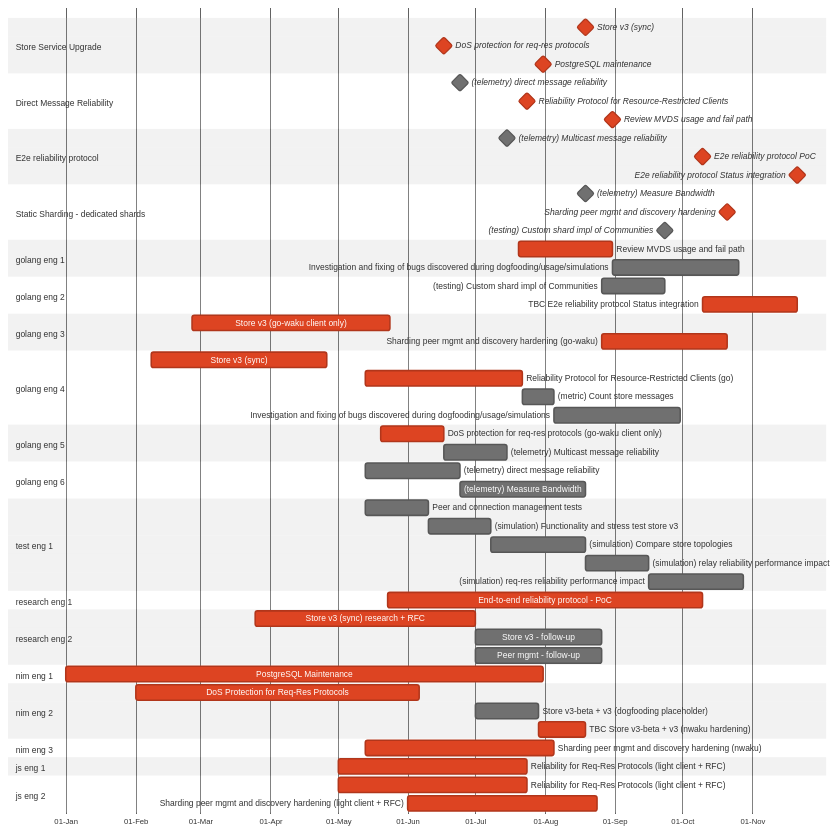
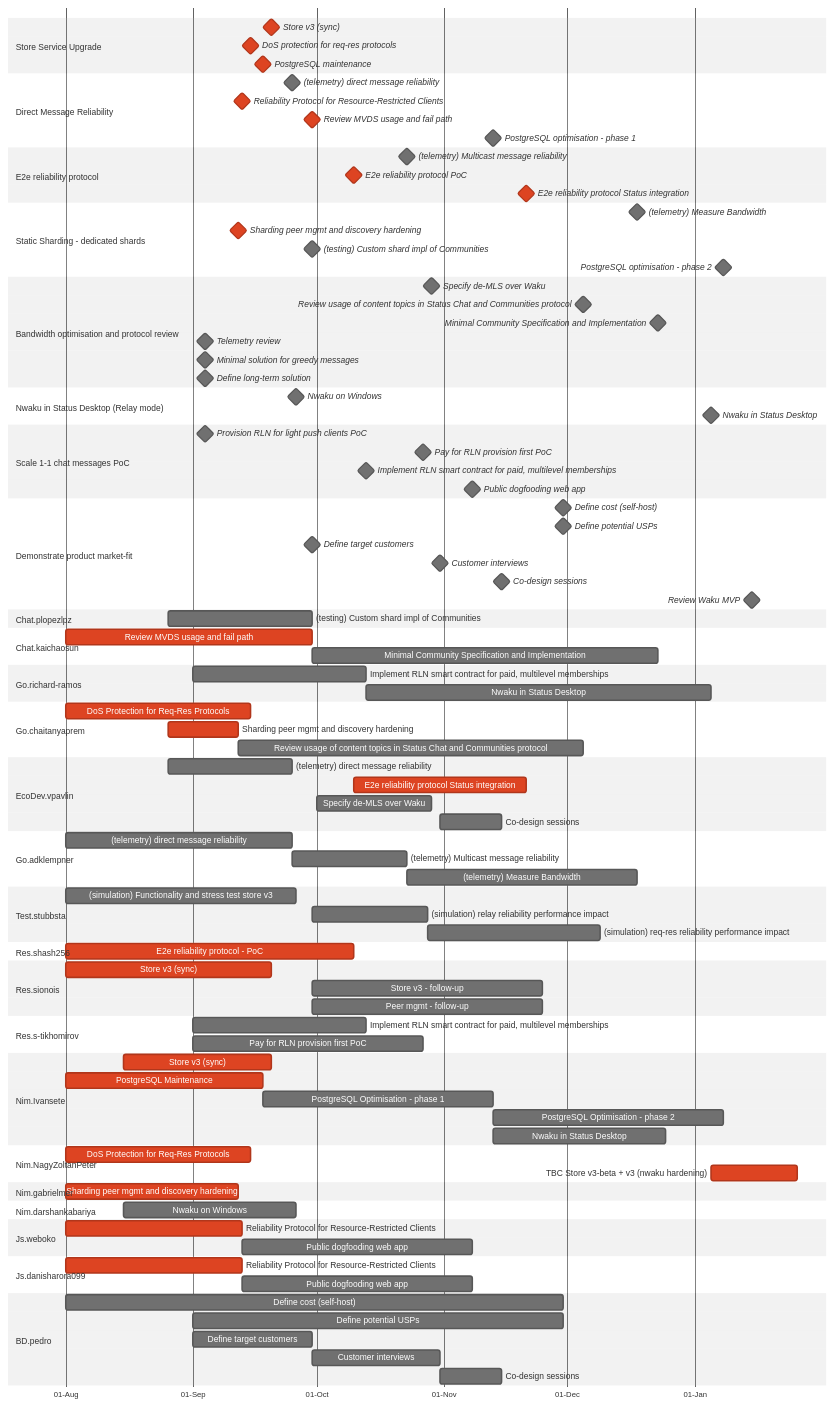
The diagram in content/waku/2024-gantt.md (logos-co/roadmap), drawn with Mermaid (neutral theme) before and after one commit.

Commit message:
Waku roadmap revision

````diff
--- a/content/waku/2024-gantt.md
+++ b/content/waku/2024-gantt.md
@@ -24,74 +24,125 @@
     
 %% Milestones overview with deliverables
     section Store Service Upgrade
-        Store v3 (sync): crit, milestone, after storev3-r storev3-g storev3-n, 0
-        DoS protection for req-res protocols: crit, milestone, after dosreqresn dosreqresj dosreqresg, 0
-        PostgreSQL maintenance: crit, milestone, after pgsql, 0
+        Store v3 (sync): crit, milestone, after storev3sync-r storev3sync-n, 0
+        DoS protection for req-res protocols: crit, milestone, after dosreqres-n dosreqres-g, 0
+        PostgreSQL maintenance: crit, milestone, after pgsql-m, 0
     section Direct Message Reliability
-        (telemetry) direct message reliability: milestone, after telem-d-msg-rel, 0
-        Reliability Protocol for Resource-Restricted Clients: crit, milestone, after rel-reqres-g rel-reqres-j, 0
+        (telemetry) direct message reliability: milestone, after telem-d-msg-rel-1 telem-d-msg-rel-2, 0
+        Reliability Protocol for Resource-Restricted Clients: crit, milestone, after rel-reqres-j-1 rel-reqres-j-2, 0
         Review MVDS usage and fail path: crit, milestone, after mvds, 0
+        PostgreSQL optimisation - phase 1: milestone, after pgsql-opt-1, 0
     section E2e reliability protocol
         (telemetry) Multicast message reliability: milestone, after telem-m-msg-rel, 0
         E2e reliability protocol PoC: milestone, crit, after e2e-rel-r, 0
         E2e reliability protocol Status integration: milestone, crit, after e2e-rel-g, 0
     section Static Sharding - dedicated shards
         (telemetry) Measure Bandwidth: milestone, after telem-bandwidth, 0
-        Sharding peer mgmt and discovery hardening: crit, milestone, after sh-peer-mgmt-j sh-peer-mgmt-n sh-peer-mgmt-g, 0
+        Sharding peer mgmt and discovery hardening: crit, milestone, after sh-peer-mgmt-n sh-peer-mgmt-g, 0
         (testing) Custom shard impl of Communities: milestone, after test-custom-shard, 0
+        PostgreSQL optimisation - phase 2: milestone, after pgsql-opt-2, 0
+    section Bandwidth optimisation and protocol review
+        %% TODO: deliverables are being re-worked
+        Specify de-MLS over Waku: milestone, after demls-spec, 0
+        Review usage of content topics in Status Chat and Communities protocol: milestone, after cont-topic-r, 0
+        Minimal Community Specification and Implementation: milestone, after min-com-spec, 0
+        %% TODO: schedule
+        Telemetry review: milestone, after telem-review, 0
+        Minimal solution for greedy messages: milestone, after min-sol-com, 0
+        Define long-term solution: milestone, after define-com-sol, 0
+    section Nwaku in Status Desktop (Relay mode)
+        %% TODO: need to do a pass on deliverables
+        Nwaku on Windows: milestone, after nwaku-windows-n, 0
+        Nwaku in Status Desktop: milestone, after nwaku-status-desktop, 0
+    section Scale 1-1 chat messages PoC
+        %% Asking for a dashboard
+        Provision RLN for light push clients PoC: milestone, after provision-rln, 0
+        Pay for RLN provision first PoC: milestone, after rlnaas-r, 0
+        Implement RLN smart contract for paid, multilevel memberships: milestone, after rln-sc-r rln-sc-d, 0
+        Public dogfooding web app: milestone, after pub-dogfood-web-app-1 pub-dogfood-web-app-2, 0
+    section Demonstrate product market-fit
+        Define cost (self-host): milestone, after define-cost, 0
+        Define potential USPs: milestone, after define-usps, 0
+        Define target customers: milestone, after define-custs, 0
+        Customer interviews: milestone, after cust-int, 0
+        Co-design sessions: milestone, after codesign-bd codesign-se, 0
+        Review Waku MVP: milestone, 2025-01-15, 0
 
 %% Tasks
-    section golang eng 1
-        %% Estimation TBC - Prem says fine, waiting on 2nd opinion
-        Review MVDS usage and fail path: crit, mvds, 2024-07-20, 6w
-        Investigation and fixing of bugs discovered during dogfooding/usage/simulations: go-bugs-1, after mvds, 8w
-    section golang eng 2
-        (testing) Custom shard impl of Communities: test-custom-shard, 2024-08-26, 4w
-        %% TBC estimate
-        TBC E2e reliability protocol Status integration: crit, e2e-rel-g, after e2e-rel-r, 6w
-    section golang eng 3
-        Store v3 (go-waku client only): crit, storev3-g, 2024-02-26, 2024-05-24
-        %% Estimate TBC - assuming parallel work possible
-        Sharding peer mgmt and discovery hardening (go-waku): crit, sh-peer-mgmt-g, 2024-08-26, 8w
-    section golang eng 4
-        Store v3 (sync): crit, 2024-02-08, 2024-04-26
-        Reliability Protocol for Resource-Restricted Clients (go): crit, rel-reqres-g, 2024-05-13, 10w
-        (metric) Count store messages: count-store-msg, after rel-reqres-g, 2w
-        Investigation and fixing of bugs discovered during dogfooding/usage/simulations: go-bugs-2, after count-store-msg, 8w
-    section golang eng 5
-        DoS protection for req-res protocols (go-waku client only): crit, dosreqresg, 2024-05-20, 4w
-        (telemetry) Multicast message reliability: telem-m-msg-rel, after dosreqresg, 4w
-    section golang eng 6
-        (telemetry) direct message reliability: telem-d-msg-rel, 2024-05-13, 6w
-        (telemetry) Measure Bandwidth: telem-bandwidth, after telem-d-msg-rel, 8w
-    section test eng 1
-        Peer and connection management tests: sim-conn-mgmt, 2024-05-13, 4w
-        (simulation) Functionality and stress test store v3: sim-storev3, after sim-conn-mgmt, 4w
-        %% This is Store Service Upgrade - item (2) in DST simulation - start with small scale to get faster results
-        (simulation) Compare store topologies: sim-store-cmp, after sim-storev3, 6w
+    section Chat.plopezlpz
+        (testing) Custom shard impl of Communities: test-custom-shard, 2024-08-26, 2024-09-30
+    section Chat.kaichaosun
+        Review MVDS usage and fail path: crit, mvds, 2024-08-01, 2024-09-30
+        %% TODO estimate
+        Minimal Community Specification and Implementation: min-com-spec, after mvds, 12w
+    section Go.richard-ramos
+        Implement RLN smart contract for paid, multilevel memberships: rln-sc-d, 2024-09-01, 6w
+        %% TODO: Estimate
+        Nwaku in Status Desktop: nwaku-status-desktop, after rln-sc-d, 12w
+    section Go.chaitanyaprem
+        DoS Protection for Req-Res Protocols: crit, dosreqres-g, 2024-08-01, 2024-09-15
+        Sharding peer mgmt and discovery hardening: crit, sh-peer-mgmt-g, 2024-08-26, 2024-09-12
+        %% TODO review estimate
+        Review usage of content topics in Status Chat and Communities protocol: cont-topic-r, after sh-peer-mgmt-g, 12w
+    section EcoDev.vpavlin
+        (telemetry) direct message reliability: telem-d-msg-rel-1, 2024-08-26, 2024-09-25
+        %% TODO: do bandwidth telemetry?
+        E2e reliability protocol Status integration: crit, e2e-rel-g, after e2e-rel-r, 6w
+        %% TODO: fit that properly
+        Specify de-MLS over Waku: demls-spec, 2024-10-01, 4w
+        Co-design sessions: codesign-bd, after cust-int, 2024-11-15
+    section Go.adklempner
+        (telemetry) direct message reliability: telem-d-msg-rel-2, 2024-08-01, 2024-09-25
+        %% TODO: this deliverable needs to be reviewed, bw should be prioritized
+        (telemetry) Multicast message reliability: telem-m-msg-rel, after telem-d-msg-rel-2, 4w
+        (telemetry) Measure Bandwidth: telem-bandwidth, after telem-m-msg-rel, 8w
+    section Test.stubbsta
+        %% TODO Review estimate
+        (simulation) Functionality and stress test store v3: sim-storev3, 2024-08-01, 8w
         (simulation) relay reliability performance impact: sim-relay-rel, after sim-store-cmp sim-req-res, 4w
-        (simulation) req-res reliability performance impact: sim-reqres-rel, after sim-relay-rel rel-reqres-g, 6w
-    section research eng 1
-        End-to-end reliability protocol - PoC: crit, e2e-rel-r, 2024-05-23, 20w
-    section research eng 2
+        (simulation) req-res reliability performance impact: sim-reqres-rel, after sim-relay-rel, 6w
+    section Res.shash256
+        E2e reliability protocol - PoC: crit, e2e-rel-r, 2024-08-01, 2024-10-10
+    section Res.sionois
         %% Only dogfooding remaining
-        Store v3 (sync) research + RFC: crit, storev3-r, 2024-03-25, 14w
+        Store v3 (sync): crit, storev3sync-r, 2024-08-01, 2024-09-20
         Store v3 - follow-up: after storev3-r, 8w
         Peer mgmt - follow-up: after storev3-r, 8w
-    section nim eng 1
-        PostgreSQL Maintenance: crit, pgsql, 2024-01-01, 2024-07-31
-    section nim eng 2
-        DoS Protection for Req-Res Protocols: crit, dosreqresn, 2024-02-01, 18w
-        Store v3-beta + v3 (dogfooding placeholder):  storev3-df, after storev3-br storev3-r, 4w
-        %% More hardening expected to deprecate or separate store v2 from v3 driver
+    section Res.alrevuelta
+    section Res.s-tikhomirov
+        Implement RLN smart contract for paid, multilevel memberships: rln-sc-d, 2024-09-01, 6w
+        %% TODO Estimate
+        Pay for RLN provision first PoC: rlnaas-r, 2024-09-01, 8w
+    section Nim.Ivansete
+        Store v3 (sync): crit, storev3sync-n, 2024-08-15, 2024-09-20
+        PostgreSQL Maintenance: crit, pgsql-m, 2024-08-01, 2024-09-18
+        %% TODO review date/estimate
+        PostgreSQL Optimisation - phase 1: pgsql-opt-1, after pgsql-m, 8w
+        PostgreSQL Optimisation - phase 2: pgsql-opt-2, after pgsql-opt-1, 8w
+        %% TODO: Estimate
+        Nwaku in Status Desktop: nwaku-status-desktop-2, after pgsql-opt-1, 6w
+    section Nim.NagyZoltanPeter
+        DoS Protection for Req-Res Protocols: crit, dosreqres-n, 2024-08-01, 2024-09-15
+        %% TODO review
         TBC Store v3-beta + v3 (nwaku hardening): crit, storev3-n, after storev3-df dosreqresn, 3w
-    section nim eng 3
-        Sharding peer mgmt and discovery hardening (nwaku): crit, sh-peer-mgmt-n, 2024-05-13, 12w
-    section js eng 1
-        Reliability for Req-Res Protocols (light client + RFC): crit, rel-reqres-j, 2024-05-01, 12w
-    section js eng 2
-        %% Buidling idle apps and integrating in telemetry service to learn
-        Reliability for Req-Res Protocols (light client + RFC): crit, rel-reqres-j, 2024-05-01, 12w
-        Sharding peer mgmt and discovery hardening (light client + RFC): crit, sh-peer-mgmt-j, 2024-06-01, 12w
-    section js eng 3 (dev rel)
+        %% TODO: schedule more work. nwaku desktop and pgsql are candidates
+    section Nim.gabrielmer
+        Sharding peer mgmt and discovery hardening: crit, sh-peer-mgmt-n, 2024-08-01, 2024-09-12
+    section Nim.darshankabariya
+        %% TODO: review estimate
+        Nwaku on Windows: nwaku-windows-n, 2024-08-15, 6w
+    section Js.weboko
+        Reliability Protocol for Resource-Restricted Clients: crit, rel-reqres-j-1, 2024-08-01, 2024-09-13
+        %% TODO estimate
+        Public dogfooding web app: pub-dogfood-web-app-1, after rel-reqres-j-1, 8w
+    section Js.danisharora099
+        Reliability Protocol for Resource-Restricted Clients: crit, rel-reqres-j-2, 2024-08-01, 2024-09-13
+        %% TODO estimate
+        Public dogfooding web app: pub-dogfood-web-app-2, after rel-reqres-j-2, 8w
+    section BD.pedro
+        Define cost (self-host): define-cost, 2024-08-01, 2024-11-30
+        Define potential USPs: define-usps, 2024-09-01, 2024-11-30
+        Define target customers: define-custs, 2024-09-01, 2024-09-30
+        Customer interviews: cust-int, after define-custs, 2024-10-31
+        Co-design sessions: codesign-bd, after cust-int, 2024-11-15
 ```
````
